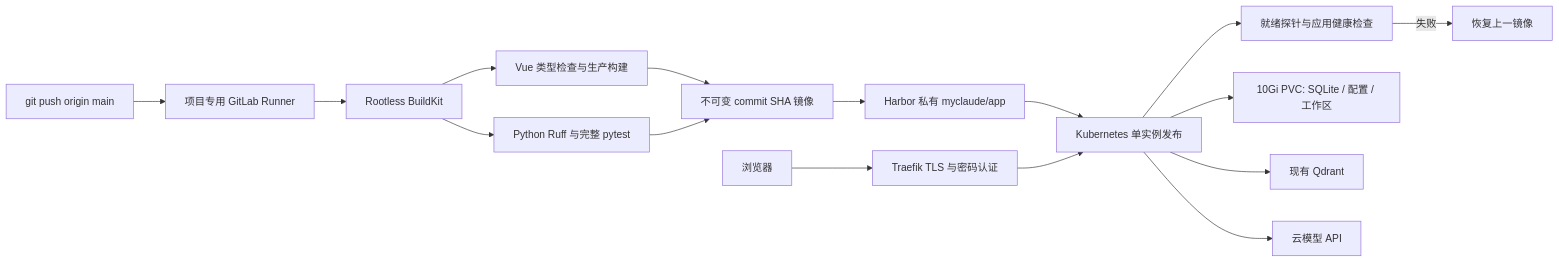
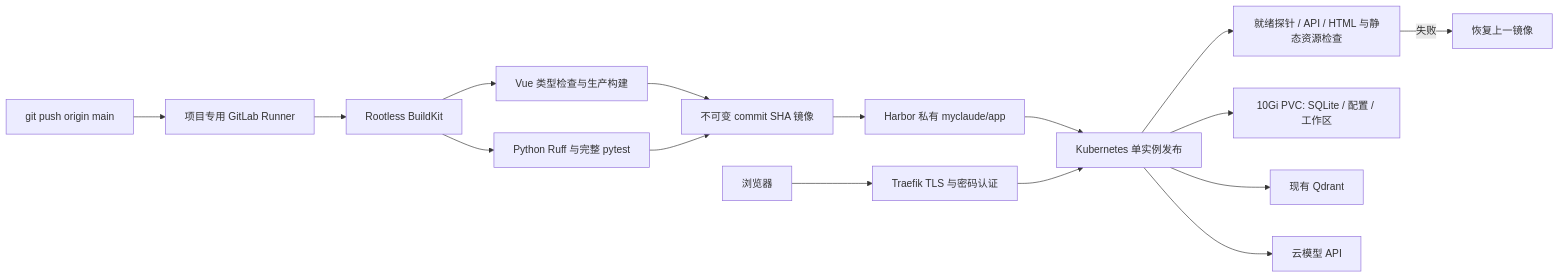
The diagram in docs/GitLab部署与运维.md (okguangzai/myclaude), drawn with Mermaid before and after one commit. The commit also changed other lines of this file and 3 other files, not shown here.

````diff
--- a/docs/GitLab部署与运维.md
+++ b/docs/GitLab部署与运维.md
@@ -9,18 +9,18 @@
 ```mermaid
 flowchart LR
   A[git push origin main] --> B[项目专用 GitLab Runner]
   B --> C[Rootless BuildKit]
   C --> D[Vue 类型检查与生产构建]
   C --> E[Python Ruff 与完整 pytest]
   D --> F[不可变 commit SHA 镜像]
   E --> F
   F --> G[Harbor 私有 myclaude/app]
   G --> H[Kubernetes 单实例发布]
-  H --> I[就绪探针与应用健康检查]
+  H --> I[就绪探针 / API / HTML 与静态资源检查]
   I -->|失败| J[恢复上一镜像]
   U[浏览器] --> T[Traefik TLS 与密码认证]
   T --> H
   H --> V[10Gi PVC: SQLite / 配置 / 工作区]
   H --> Q[现有 Qdrant]
   H --> M[云模型 API]
 ```
````
